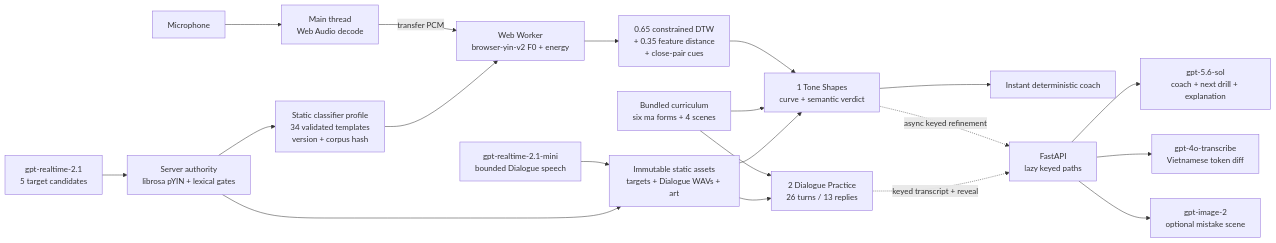
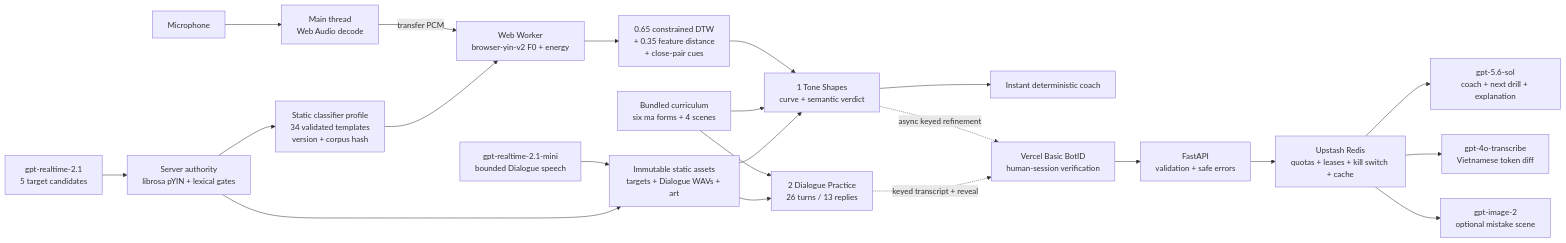
The diagram in README.md (roberthuynh/dau-tones), drawn with Mermaid before and after one commit. The commit also changed other lines of this file, not shown here.

````diff
--- a/README.md
+++ b/README.md
@@ -54,22 +56,27 @@
 ```mermaid
 flowchart LR
     Mic["Microphone"] --> Decode["Main thread<br/>Web Audio decode"]
     Decode -->|"transfer PCM"| Worker["Web Worker<br/>browser-yin-v2 F0 + energy"]
     Profile["Static classifier profile<br/>34 validated templates<br/>version + corpus hash"] --> Worker
     Worker --> Grade["0.65 constrained DTW<br/>+ 0.35 feature distance<br/>+ close-pair cues"]
     Grade --> Shapes["1 Tone Shapes<br/>curve + semantic verdict"]
     Curriculum["Bundled curriculum<br/>six ma forms + 4 scenes"] --> Shapes
     Curriculum --> Dialogue["2 Dialogue Practice<br/>26 turns / 13 replies"]
     Static["Immutable static assets<br/>targets + Dialogue WAVs + art"] --> Shapes
     Static --> Dialogue
     Shapes --> Rules["Instant deterministic coach"]
-    Shapes -. "async keyed refinement" .-> API["FastAPI<br/>lazy keyed paths"]
-    Dialogue -. "keyed transcript + reveal" .-> API
-    API --> GPT["gpt-5.6-sol<br/>coach + next drill + explanation"]
-    API --> ASR["gpt-4o-transcribe<br/>Vietnamese token diff"]
-    API --> Images["gpt-image-2<br/>optional mistake scene"]
+    Shapes -. "async keyed refinement" .-> BotID["Vercel Basic BotID<br/>human-session verification"]
+    Dialogue -. "keyed transcript + reveal" .-> BotID
+    BotID --> API["FastAPI<br/>validation + safe errors"]
+    API --> Guard["Upstash Redis<br/>quotas + leases + kill switch + cache"]
+    Guard --> GPT
+    Guard --> ASR
+    Guard --> Images
+    GPT["gpt-5.6-sol<br/>coach + next drill + explanation"]
+    ASR["gpt-4o-transcribe<br/>Vietnamese token diff"]
+    Images["gpt-image-2<br/>optional mistake scene"]
     Speech["gpt-realtime-2.1-mini<br/>bounded Dialogue speech"] --> Static
     Realtime["gpt-realtime-2.1<br/>5 target candidates"] --> Validation["Server authority<br/>librosa pYIN + lexical gates"]
     Validation --> Profile
     Validation --> Static
 ```
````
